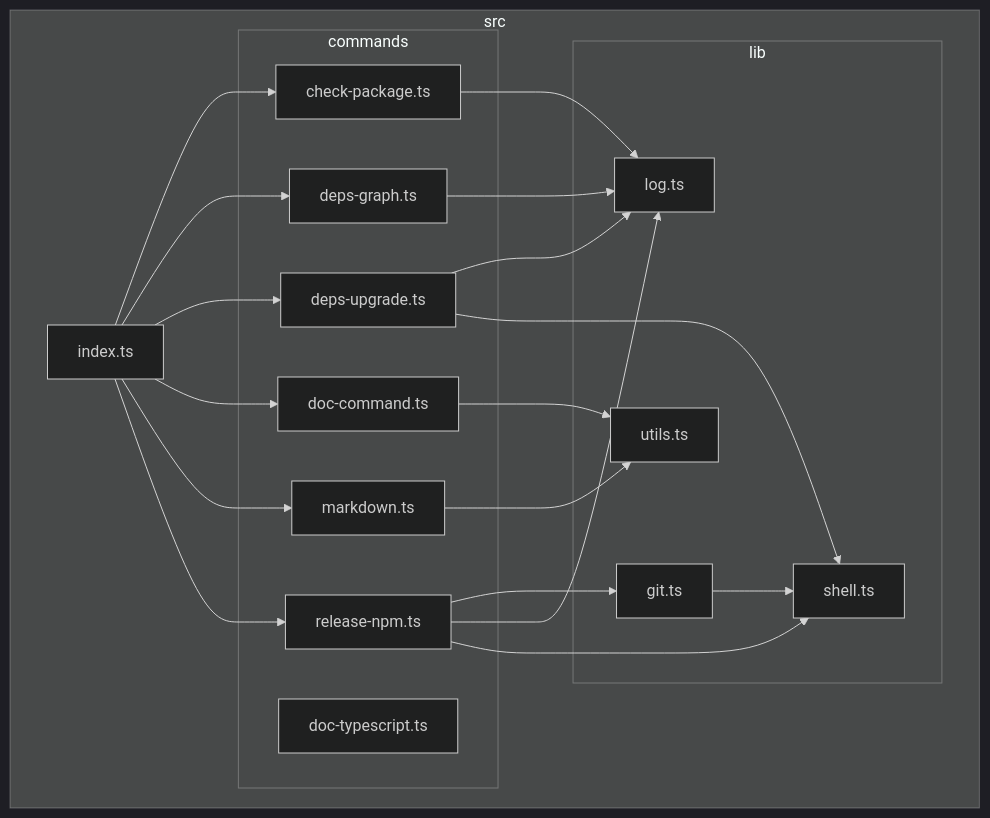
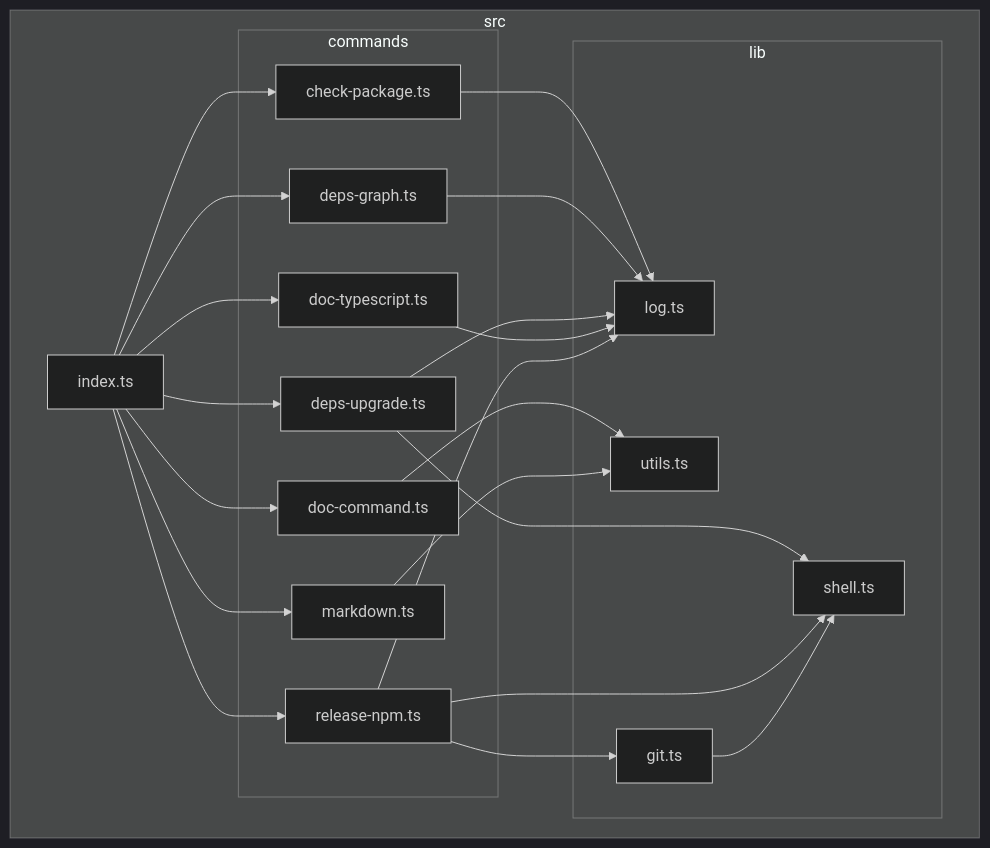
One commit to versatiles-org/node-release-tool changed the diagram in README.md. Above: the diagram before and after it, drawn with Mermaid (dark theme). The commit also changed other lines of this file and 6 other files, not shown here.

````diff
--- a/README.md
+++ b/README.md
@@ -170,38 +186,40 @@
 ```mermaid
 flowchart TB
 
 subgraph 0["src"]
 subgraph 1["commands"]
 2["check-package.ts"]
 5["deps-graph.ts"]
 6["deps-upgrade.ts"]
 8["doc-command.ts"]
 A["doc-typescript.ts"]
 B["markdown.ts"]
 C["release-npm.ts"]
 end
 subgraph 3["lib"]
 4["log.ts"]
 7["shell.ts"]
 9["utils.ts"]
 D["git.ts"]
 end
 E["index.ts"]
 end
 2-->4
 5-->4
 6-->4
 6-->7
 8-->9
+A-->4
 B-->9
 C-->D
 C-->4
 C-->7
 D-->7
 E-->2
 E-->5
 E-->6
 E-->8
+E-->A
 E-->B
 E-->C
 ```
````
